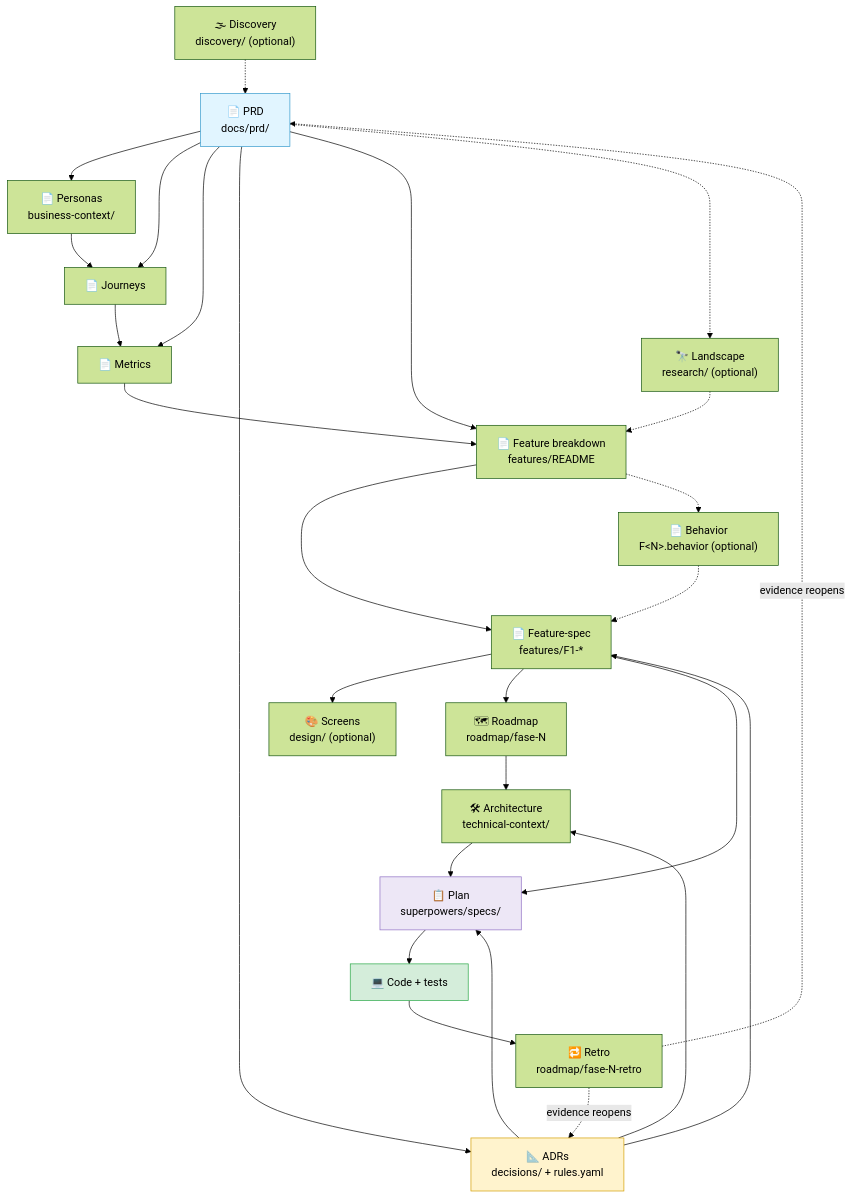
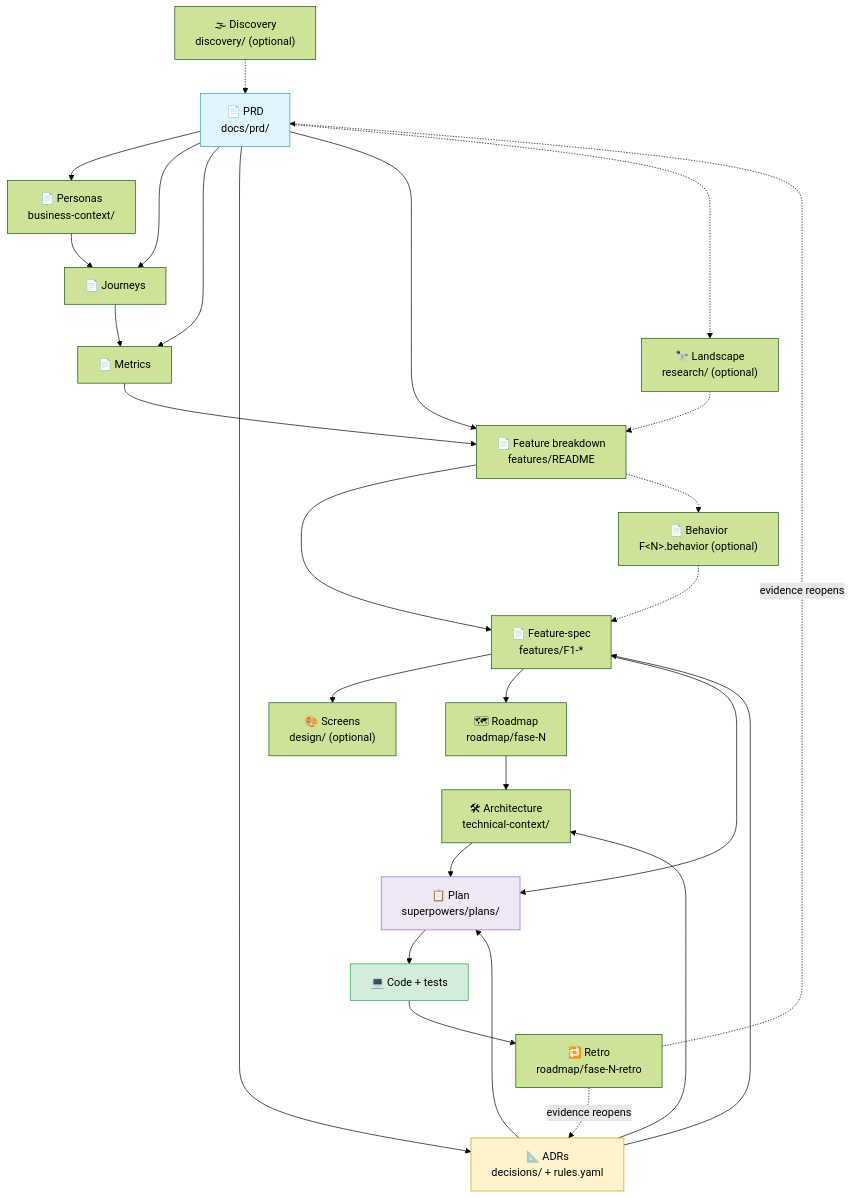
The fourth of 4 diagrams in METHOD.md (AInsteinsBR/renata), drawn with Mermaid (forest theme) before and after one commit. The commit also changed other lines of this file and 20 other files, not shown here.

````diff
--- a/METHOD.md
+++ b/METHOD.md
@@ -316,39 +316,39 @@
 ```mermaid
 flowchart TD
     DISC["🌫 Discovery<br/>discovery/ (optional)"] -.-> PRD["📄 PRD<br/>docs/prd/"]
     PRD --> PERS["📄 Personas<br/>business-context/"]
     PRD --> JOR["📄 Journeys"]
     PERS --> JOR
     JOR --> MET["📄 Metrics"]
     PRD --> MET
     PRD --> ADR["📐 ADRs<br/>decisions/ + rules.yaml"]
     MET --> FEAT["📄 Feature breakdown<br/>features/README"]
     PRD --> FEAT
     PRD -.-> LAND["🔭 Landscape<br/>research/ (optional)"]
     LAND -.-> FEAT
     ADR --> SPEC["📄 Feature-spec<br/>features/F1-*"]
     FEAT --> SPEC
     FEAT -.-> BEH["📄 Behavior<br/>F&lt;N&gt;.behavior (optional)"]
     BEH -.-> SPEC
     SPEC --> SCR["🎨 Screens<br/>design/ (optional)"]
     SPEC --> ROAD["🗺 Roadmap<br/>roadmap/fase-N"]
     ROAD --> ARQ["🛠 Architecture<br/>technical-context/"]
     ADR --> ARQ
-    ARQ --> PLAN["📋 Plan<br/>superpowers/specs/"]
+    ARQ --> PLAN["📋 Plan<br/>superpowers/plans/"]
     SPEC --> PLAN
     ADR --> PLAN
     PLAN --> CODE["💻 Code + tests"]
     CODE --> RETRO["🔁 Retro<br/>roadmap/fase-N-retro"]
     RETRO -.evidence reopens.-> PRD
     RETRO -.evidence reopens.-> ADR
 
     classDef root fill:#e1f5ff,stroke:#3399cc,color:#000
     classDef adr  fill:#fff3cd,stroke:#d39e00,color:#000
     classDef code fill:#d4edda,stroke:#28a745,color:#000
     classDef plan fill:#ede7f6,stroke:#8e6fc4,color:#000
 
     class PRD root
     class ADR adr
     class CODE code
     class PLAN plan
 ```
````
